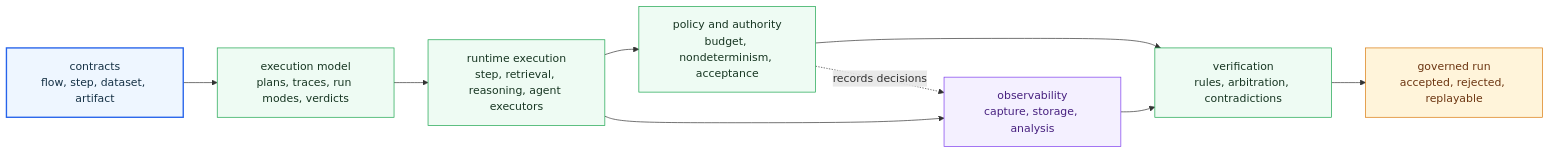
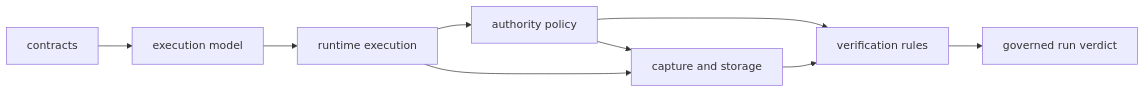
The diagram in docs/06-bijux-canon-runtime/architecture/index.md (bijux/bijux-canon), drawn with Mermaid before and after one commit. The commit also changed other lines of this file, not shown here.

Commit message:
docs(runtime): simplify authority architecture map

````diff
--- a/docs/06-bijux-canon-runtime/architecture/index.md
+++ b/docs/06-bijux-canon-runtime/architecture/index.md
@@ -22,23 +22,14 @@
 ```mermaid
 flowchart LR
-    contracts["contracts<br/>flow, step, dataset, artifact"]
-    model["execution model<br/>plans, traces, run modes, verdicts"]
-    execution["runtime execution<br/>step, retrieval, reasoning, agent executors"]
-    policy["policy and authority<br/>budget, nondeterminism, acceptance"]
-    observability["observability<br/>capture, storage, analysis"]
-    verification["verification<br/>rules, arbitration, contradictions"]
-    verdict["governed run<br/>accepted, rejected, replayable"]
+    contracts["contracts"]
+    model["execution model"]
+    execution["runtime execution"]
+    policy["authority policy"]
+    observability["capture and storage"]
+    verification["verification rules"]
+    verdict["governed run verdict"]
 
     contracts --> model --> execution --> policy --> verification --> verdict
     execution --> observability --> verification
-    policy -. records decisions .-> observability
-
-    classDef page fill:#eef6ff,stroke:#2563eb,color:#153145,stroke-width:2px;
-    classDef positive fill:#eefbf3,stroke:#16a34a,color:#173622;
-    classDef anchor fill:#f4f0ff,stroke:#7c3aed,color:#47207f;
-    classDef action fill:#fff4da,stroke:#d97706,color:#6b3410;
-    class contracts page;
-    class model,execution,policy,verification positive;
-    class observability anchor;
-    class verdict action;
+    policy --> observability
 ```
````
